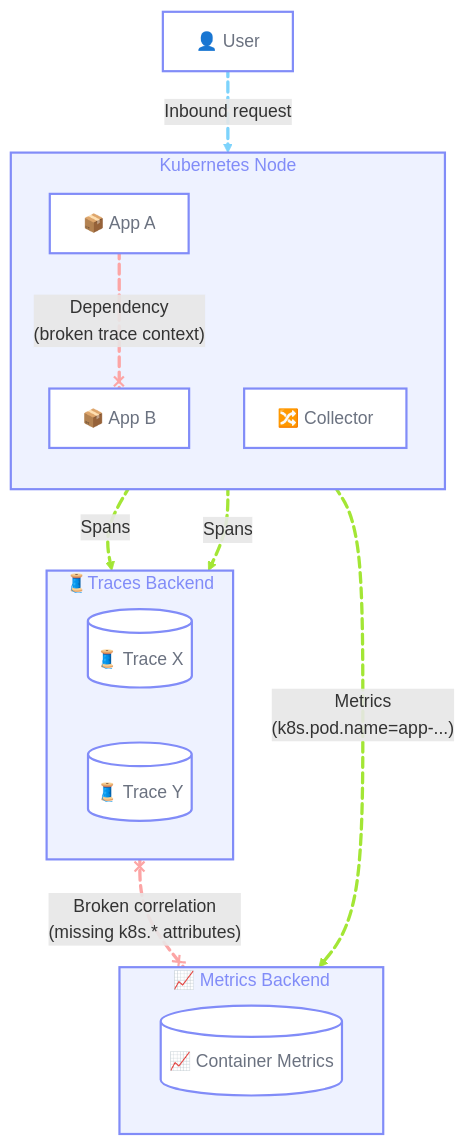
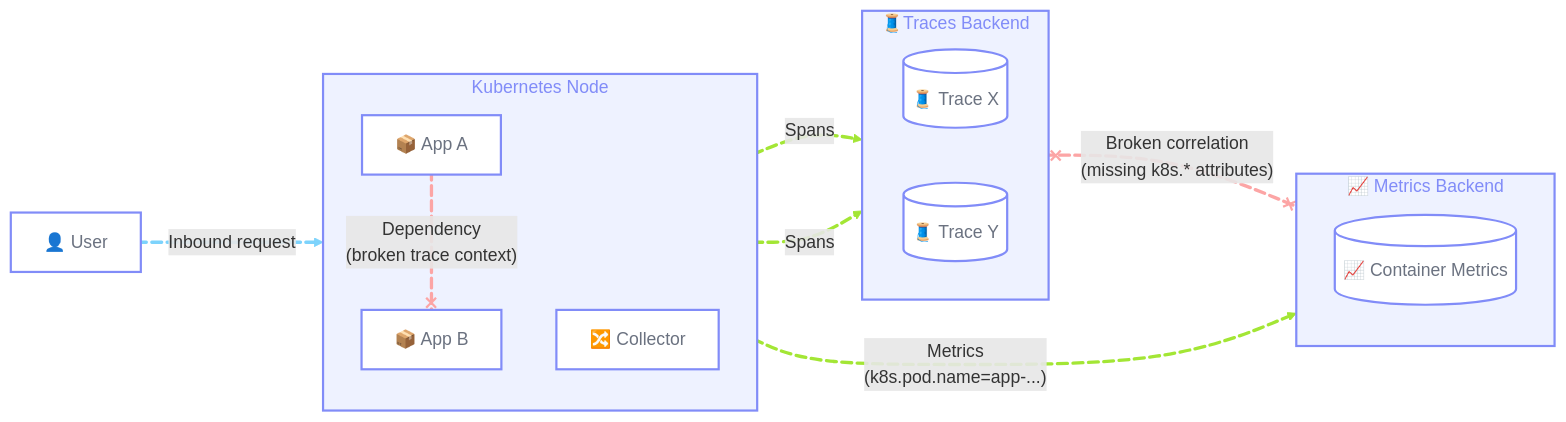
The first of 4 diagrams in content/en/docs/guidance/blueprints/centralized-platforms.md (open-telemetry/opentelemetry.io), drawn with Mermaid before and after one commit.

Commit message:
Change diagram 1 to LR

````diff
--- a/content/en/docs/guidance/blueprints/centralized-platforms.md
+++ b/content/en/docs/guidance/blueprints/centralized-platforms.md
@@ -82,49 +82,49 @@
 ```mermaid
 ---
 config:
   flowchart:
     curve: basis
 ---
-flowchart TB
+flowchart LR
   subgraph K8sNode["Kubernetes Node"]
     direction TB
     AppA["📦 App A"]:::node
     AppB["📦 App B"]:::node
     Collector["🔀 Collector"]:::node
   end
 
   subgraph TracesDB["🧵️Traces Backend"]
     direction LR
     TraceX[("🧵 Trace X")]:::node
     TraceY[("🧵 Trace Y")]:::node
   end
 
   subgraph MetricsDB["📈 Metrics Backend"]
     Metrics[("📈 Container Metrics")]:::node
   end
 
   User["👤 User"]:::node
 
   User L_User_AppA@-- Inbound request --> AppA
   AppA L_AppA_AppB@-. "Dependency<br>(broken trace context)" .-x AppB
   TracesDB L_TracesDB_MetricsDB@x-. "Broken correlation<br>(missing k8s.* attributes)" .-x MetricsDB
   AppA L_AppA_TraceX@== Spans ==> TraceX
   AppB L_AppB_TraceY@== Spans ==> TraceY
   Collector L_Collector_MetricsDB@== "Metrics<br>(k8s.pod.name=app-...)" ==> MetricsDB
 
   classDef node fill:#ffffff, stroke:#818cf8, stroke-width:2px, color:#6b7280
   style K8sNode fill:#eef2ff, stroke:#818cf8, stroke-width:2px, color:#818cf8
   style TracesDB fill:#eef2ff, stroke:#818cf8, stroke-width:2px, color:#818cf8
   style MetricsDB fill:#eef2ff, stroke:#818cf8, stroke-width:2px, color:#818cf8
   linkStyle 0 stroke:#7dd3fc, fill:none, stroke-width:3px
   linkStyle 1 stroke:#fca5a5, fill:none, stroke-width:3px
   linkStyle 2 stroke:#fca5a5, fill:none, stroke-width:3px
   linkStyle 3,4,5 stroke:#a3e635, fill:none, stroke-width:3px
 
   L_User_AppA@{ animation: slow }
   L_AppA_AppB@{ animation: slow }
   L_TracesDB_MetricsDB@{ animation: slow }
   L_AppA_TraceX@{ animation: fast }
   L_AppB_TraceY@{ animation: fast }
   L_Collector_MetricsDB@{ animation: fast }
 ```
````
